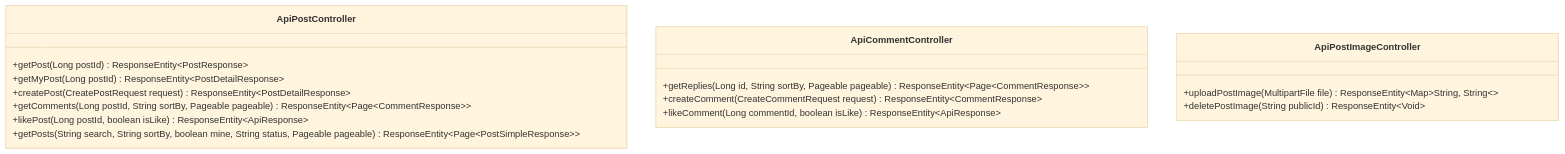
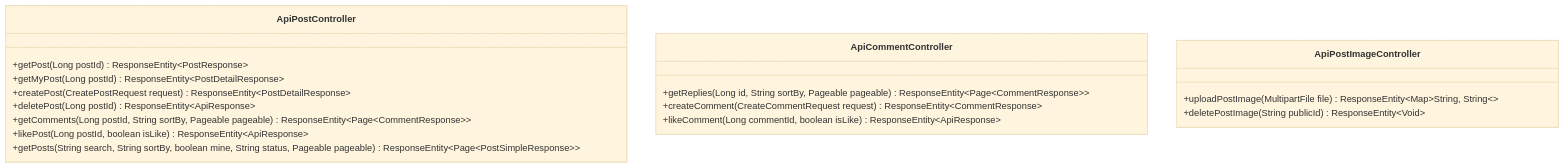
Before and after one commit to ximofam/web_game_chess_online: the first of 2 diagrams in docs/specs/forums-spec.md, drawn with Mermaid (base theme). The commit also changed other lines of this file and 2 other files, not shown here.

Commit message:
add api delete Post

````diff
--- a/docs/specs/forums-spec.md
+++ b/docs/specs/forums-spec.md
@@ -26,20 +26,21 @@
 ```mermaid
 classDiagram
     class ApiPostController {
         +getPost(Long postId) ResponseEntity~PostResponse~
         +getMyPost(Long postId) ResponseEntity~PostDetailResponse~
         +createPost(CreatePostRequest request) ResponseEntity~PostDetailResponse~
+        +deletePost(Long postId) ResponseEntity~ApiResponse~
         +getComments(Long postId, String sortBy, Pageable pageable) ResponseEntity~Page~CommentResponse~~
         +likePost(Long postId, boolean isLike) ResponseEntity~ApiResponse~
         +getPosts(String search, String sortBy, boolean mine, String status, Pageable pageable) ResponseEntity~Page~PostSimpleResponse~~
     }
     class ApiCommentController {
         +getReplies(Long id, String sortBy, Pageable pageable) ResponseEntity~Page~CommentResponse~~
         +createComment(CreateCommentRequest request) ResponseEntity~CommentResponse~
         +likeComment(Long commentId, boolean isLike) ResponseEntity~ApiResponse~
     }
     class ApiPostImageController {
         +uploadPostImage(MultipartFile file) ResponseEntity~Map~String, String~~
         +deletePostImage(String publicId) ResponseEntity~Void~
     }
 ```
````
